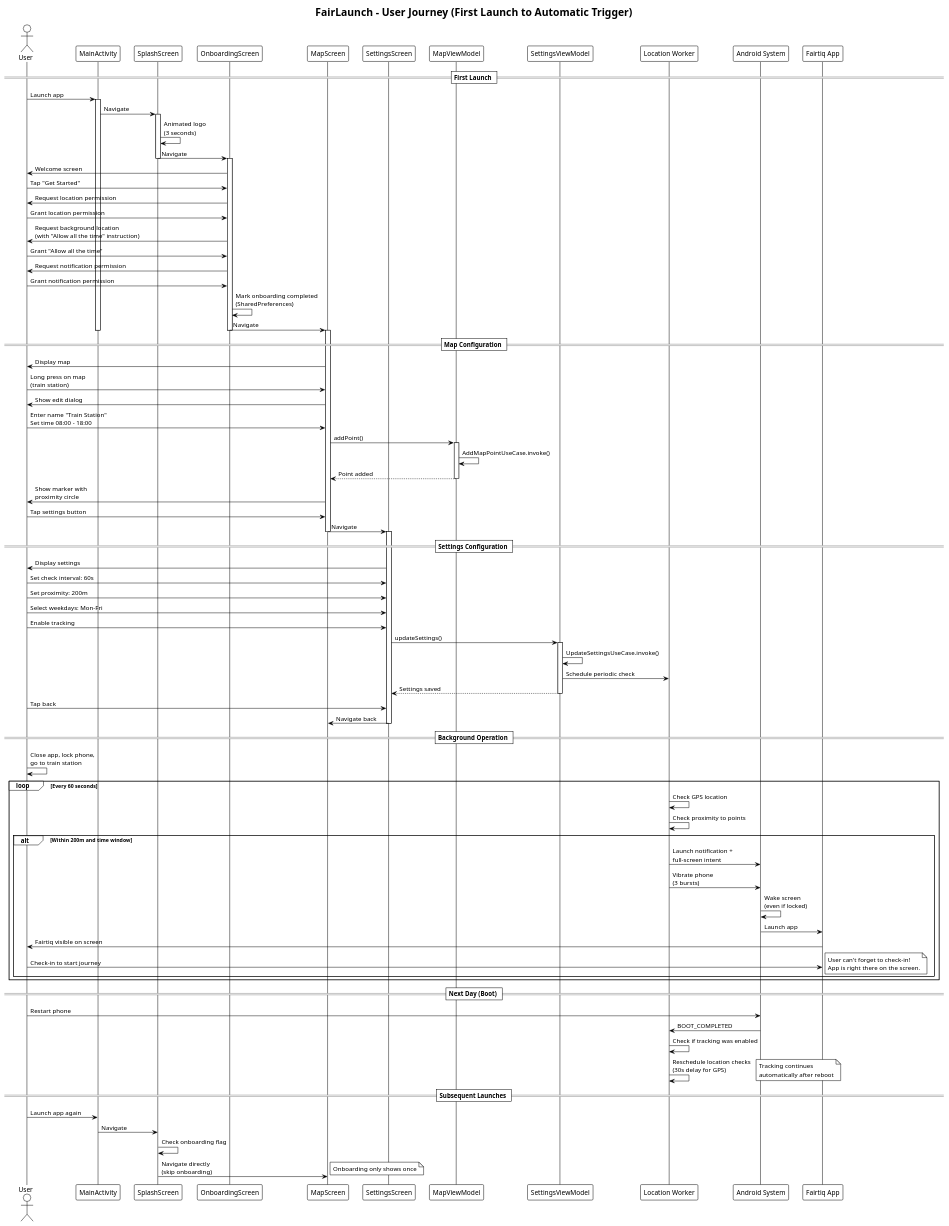
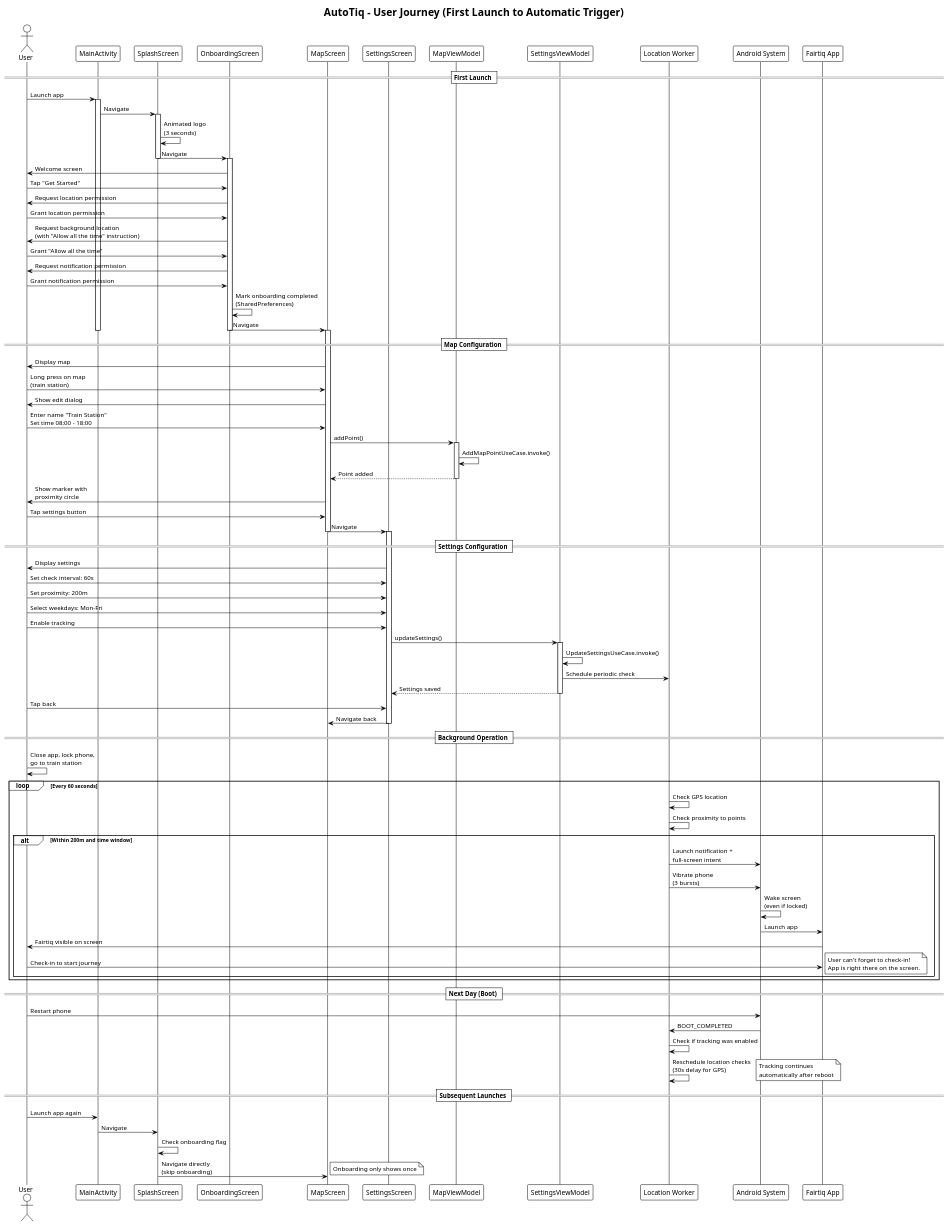
Before and after one commit to harzoglups/FairLaunch: the diagram in docs/sequence-user-journey.puml, drawn with PlantUML. The commit also changed 123 other files, not shown here.

First line of the commit message:
refactor: rename app from FairLaunch to AutoTiq with package com.cussou.autotiq

```diff
--- a/docs/sequence-user-journey.puml
+++ b/docs/sequence-user-journey.puml
@@ -1,120 +1,120 @@
-@startuml FairLaunch-Sequence-User-Journey
+@startuml AutoTiq-Sequence-User-Journey
 !theme plain
 skinparam backgroundColor #FFFFFF
 
-title FairLaunch - User Journey (First Launch to Automatic Trigger)
+title AutoTiq - User Journey (First Launch to Automatic Trigger)
 
 actor User
 participant MainActivity
 participant SplashScreen
 participant OnboardingScreen
 participant MapScreen
 participant SettingsScreen
 participant MapViewModel
 participant SettingsViewModel
 participant "Location Worker" as Worker
 participant "Android System" as System
 participant "Fairtiq App" as Fairtiq
 
 == First Launch ==
 User -> MainActivity: Launch app
 activate MainActivity
 MainActivity -> SplashScreen: Navigate
 activate SplashScreen
 SplashScreen -> SplashScreen: Animated logo\n(3 seconds)
 SplashScreen -> OnboardingScreen: Navigate
 deactivate SplashScreen
 activate OnboardingScreen
 
 OnboardingScreen -> User: Welcome screen
 User -> OnboardingScreen: Tap "Get Started"
 
 OnboardingScreen -> User: Request location permission
 User -> OnboardingScreen: Grant location permission
 
 OnboardingScreen -> User: Request background location\n(with "Allow all the time" instruction)
 User -> OnboardingScreen: Grant "Allow all the time"
 
 OnboardingScreen -> User: Request notification permission
 User -> OnboardingScreen: Grant notification permission
 
 OnboardingScreen -> OnboardingScreen: Mark onboarding completed\n(SharedPreferences)
 OnboardingScreen -> MapScreen: Navigate
 deactivate OnboardingScreen
 deactivate MainActivity
 
 == Map Configuration ==
 activate MapScreen
 MapScreen -> User: Display map
 User -> MapScreen: Long press on map\n(train station)
 MapScreen -> User: Show edit dialog
 User -> MapScreen: Enter name "Train Station"\nSet time 08:00 - 18:00
 MapScreen -> MapViewModel: addPoint()
 activate MapViewModel
 MapViewModel -> MapViewModel: AddMapPointUseCase.invoke()
 MapViewModel --> MapScreen: Point added
 deactivate MapViewModel
 MapScreen -> User: Show marker with\nproximity circle
 
 User -> MapScreen: Tap settings button
 MapScreen -> SettingsScreen: Navigate
 deactivate MapScreen
 
 == Settings Configuration ==
 activate SettingsScreen
 SettingsScreen -> User: Display settings
 User -> SettingsScreen: Set check interval: 60s
 User -> SettingsScreen: Set proximity: 200m
 User -> SettingsScreen: Select weekdays: Mon-Fri
 User -> SettingsScreen: Enable tracking
 SettingsScreen -> SettingsViewModel: updateSettings()
 activate SettingsViewModel
 SettingsViewModel -> SettingsViewModel: UpdateSettingsUseCase.invoke()
 SettingsViewModel -> Worker: Schedule periodic check
 SettingsViewModel --> SettingsScreen: Settings saved
 deactivate SettingsViewModel
 User -> SettingsScreen: Tap back
 SettingsScreen -> MapScreen: Navigate back
 deactivate SettingsScreen
 
 == Background Operation ==
 User -> User: Close app, lock phone,\ngo to train station
 
 loop Every 60 seconds
   Worker -> Worker: Check GPS location
   Worker -> Worker: Check proximity to points
   
   alt Within 200m and time window
     Worker -> System: Launch notification +\nfull-screen intent
     Worker -> System: Vibrate phone\n(3 bursts)
     System -> System: Wake screen\n(even if locked)
     System -> Fairtiq: Launch app
     Fairtiq -> User: Fairtiq visible on screen
     User -> Fairtiq: Check-in to start journey
     note right
       User can't forget to check-in!
       App is right there on the screen.
     end note
   end
 end
 
 == Next Day (Boot) ==
 User -> System: Restart phone
 System -> Worker: BOOT_COMPLETED
 Worker -> Worker: Check if tracking was enabled
 Worker -> Worker: Reschedule location checks\n(30s delay for GPS)
 note right
   Tracking continues
   automatically after reboot
 end note
 
 == Subsequent Launches ==
 User -> MainActivity: Launch app again
 MainActivity -> SplashScreen: Navigate
 SplashScreen -> SplashScreen: Check onboarding flag
 SplashScreen -> MapScreen: Navigate directly\n(skip onboarding)
 note right
   Onboarding only shows once
 end note
 
 @enduml
```
